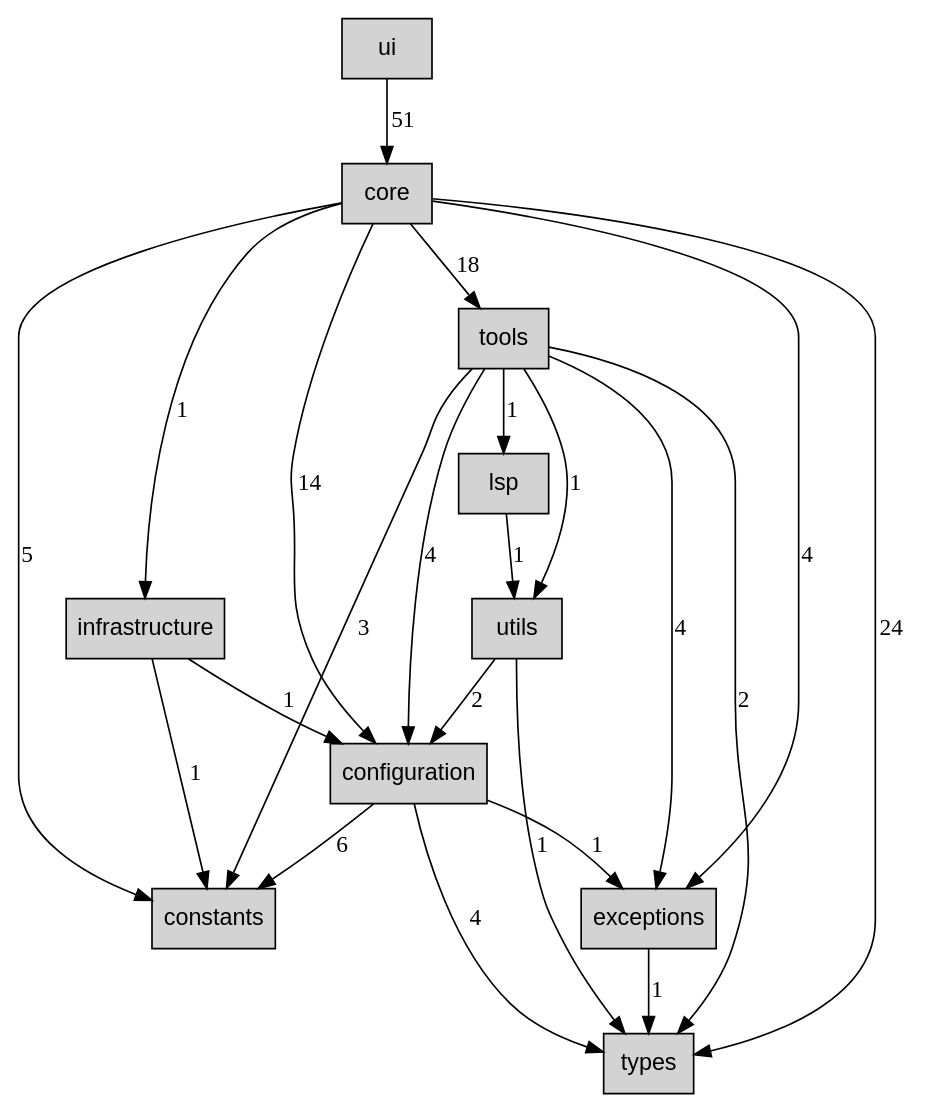
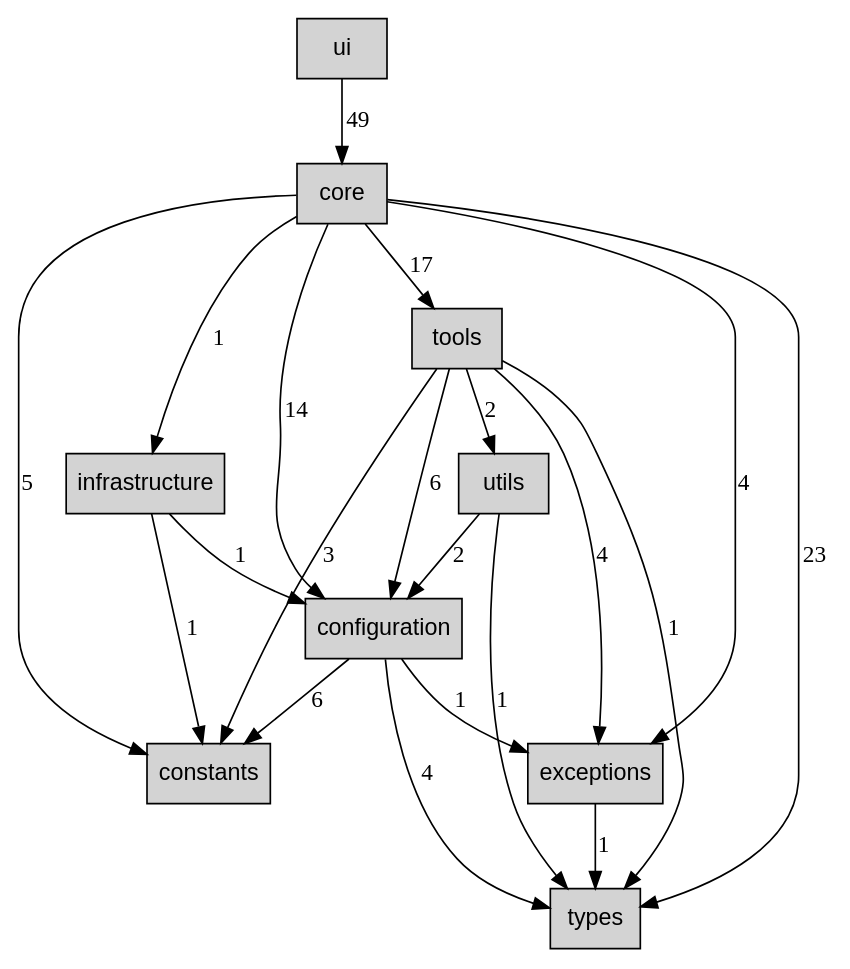
One commit to ryumacodes/tunacode changed the diagram in docs/architecture/DEPENDENCY_LAYERS.dot. Above: the diagram before and after it, drawn with Graphviz. The commit also changed 4 other files, not shown here.

```diff
--- a/docs/architecture/DEPENDENCY_LAYERS.dot
+++ b/docs/architecture/DEPENDENCY_LAYERS.dot
@@ -1,38 +1,35 @@
 digraph tunacode_layers {
   rankdir=TB;
   node [shape=box, style=filled, fontname=Arial];
 
   ui [label="ui"];
   core [label="core"];
   infrastructure [label="infrastructure"];
   tools [label="tools"];
-  lsp [label="lsp"];
   utils [label="utils"];
   configuration [label="configuration"];
   constants [label="constants"];
   exceptions [label="exceptions"];
   types [label="types"];
 
   configuration -> constants [label="6"];
   configuration -> exceptions [label="1"];
   configuration -> types [label="4"];
   core -> configuration [label="14"];
   core -> constants [label="5"];
   core -> exceptions [label="4"];
   core -> infrastructure [label="1"];
-  core -> tools [label="18"];
-  core -> types [label="24"];
+  core -> tools [label="17"];
+  core -> types [label="23"];
   exceptions -> types [label="1"];
   infrastructure -> configuration [label="1"];
   infrastructure -> constants [label="1"];
-  lsp -> utils [label="1"];
-  tools -> configuration [label="4"];
+  tools -> configuration [label="6"];
   tools -> constants [label="3"];
   tools -> exceptions [label="4"];
-  tools -> lsp [label="1"];
-  tools -> types [label="2"];
-  tools -> utils [label="1"];
-  ui -> core [label="51"];
+  tools -> types [label="1"];
+  tools -> utils [label="2"];
+  ui -> core [label="49"];
   utils -> configuration [label="2"];
   utils -> types [label="1"];
 }
```
